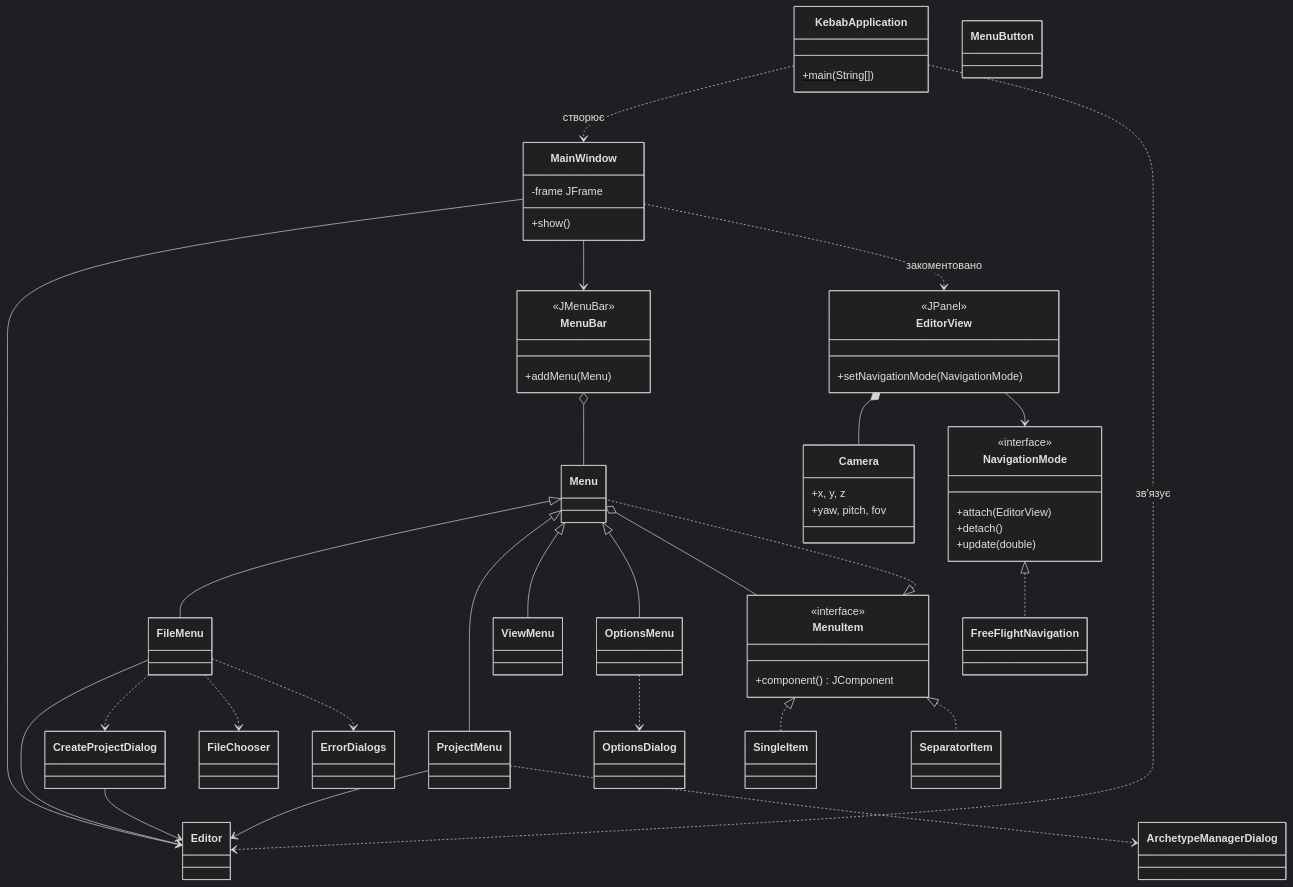
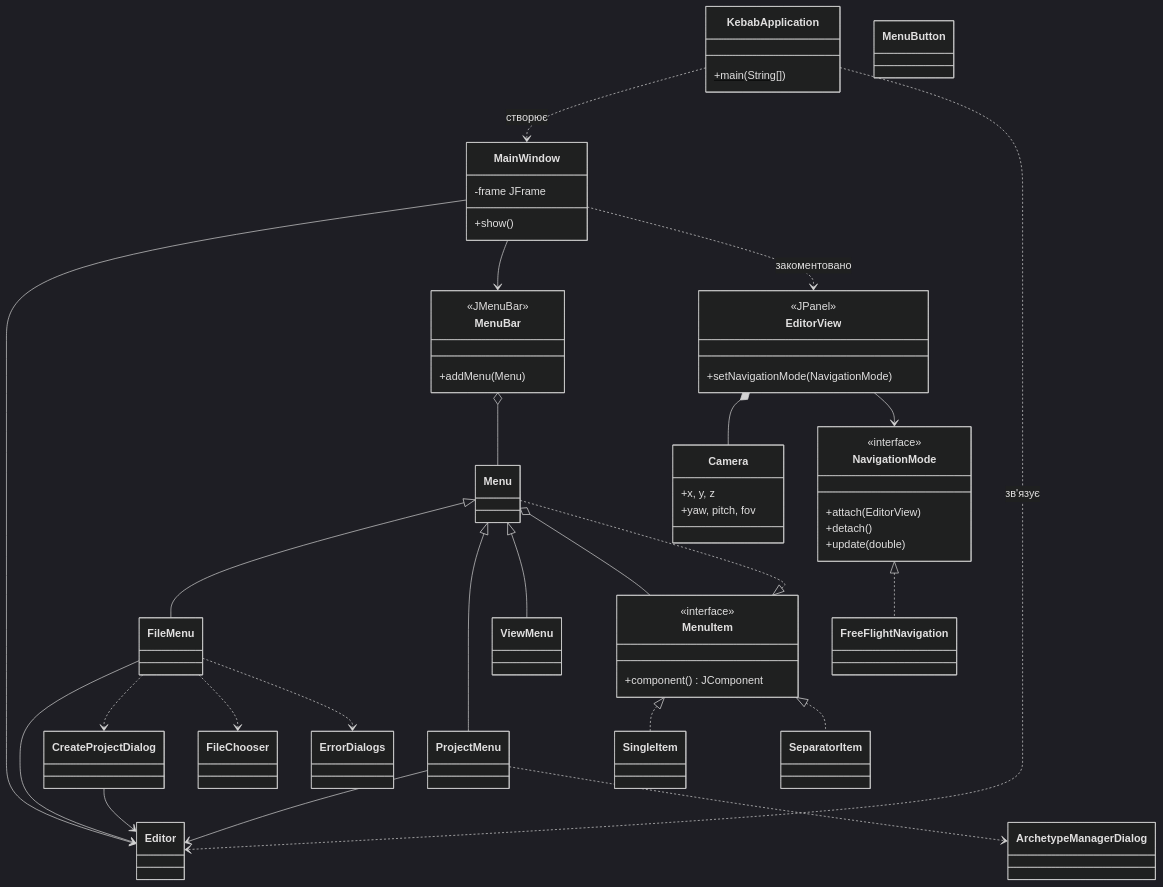
One commit to Halal-Foursome/KebabEditor changed the fourth of 10 diagrams in docs/architecture.c4.uk.md. Above: the diagram before and after it, drawn with Mermaid (dark theme). The commit also changed 20 other files, not shown here.

````diff
--- a/docs/architecture.c4.uk.md
+++ b/docs/architecture.c4.uk.md
@@ -248,11 +248,7 @@
 
     class ViewMenu
 
-    class OptionsMenu
-
     class CreateProjectDialog
-
-    class OptionsDialog
 
     class Editor
     class ArchetypeManagerDialog
@@ -274,14 +270,12 @@
     Menu <|-- FileMenu
     Menu <|-- ProjectMenu
     Menu <|-- ViewMenu
-    Menu <|-- OptionsMenu
     Menu o-- MenuItem
     FileMenu --> Editor
     ProjectMenu --> Editor
     FileMenu ..> CreateProjectDialog
     FileMenu ..> FileChooser
     FileMenu ..> ErrorDialogs
-    OptionsMenu ..> OptionsDialog
     ProjectMenu ..> ArchetypeManagerDialog
     CreateProjectDialog --> Editor
 ```
````
